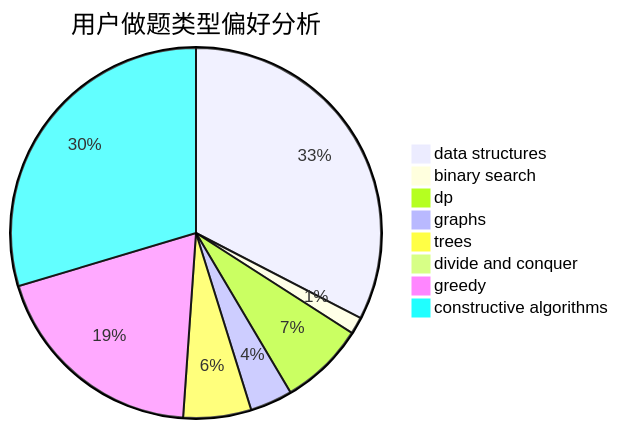
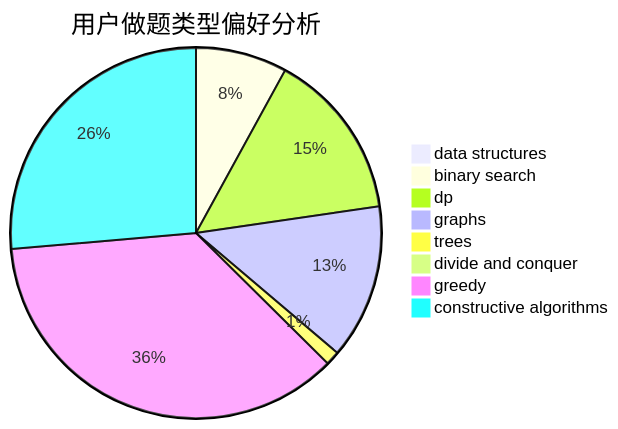
The second of 3 diagrams in docs/user/u1749.md (sherpahu/cfrs.github.io), drawn with Mermaid before and after one commit. The commit also changed other lines of this file and 2770 other files, not shown here.

````diff
--- a/docs/user/u1749.md
+++ b/docs/user/u1749.md
@@ -23,11 +23,11 @@
 ```mermaid
 pie title 用户做题类型偏好分析
-    "data structures" :  44
-    "binary search" :  2
-    "dp" :  10
-    "graphs" :  5
-    "trees" :  8
+    "data structures" :  0
+    "binary search" :  13
+    "dp" :  24
+    "graphs" :  22
+    "trees" :  2
     "divide and conquer" :  0
-    "greedy" :  26
-    "constructive algorithms" :  40
+    "greedy" :  59
+    "constructive algorithms" :  43
 ```
````
